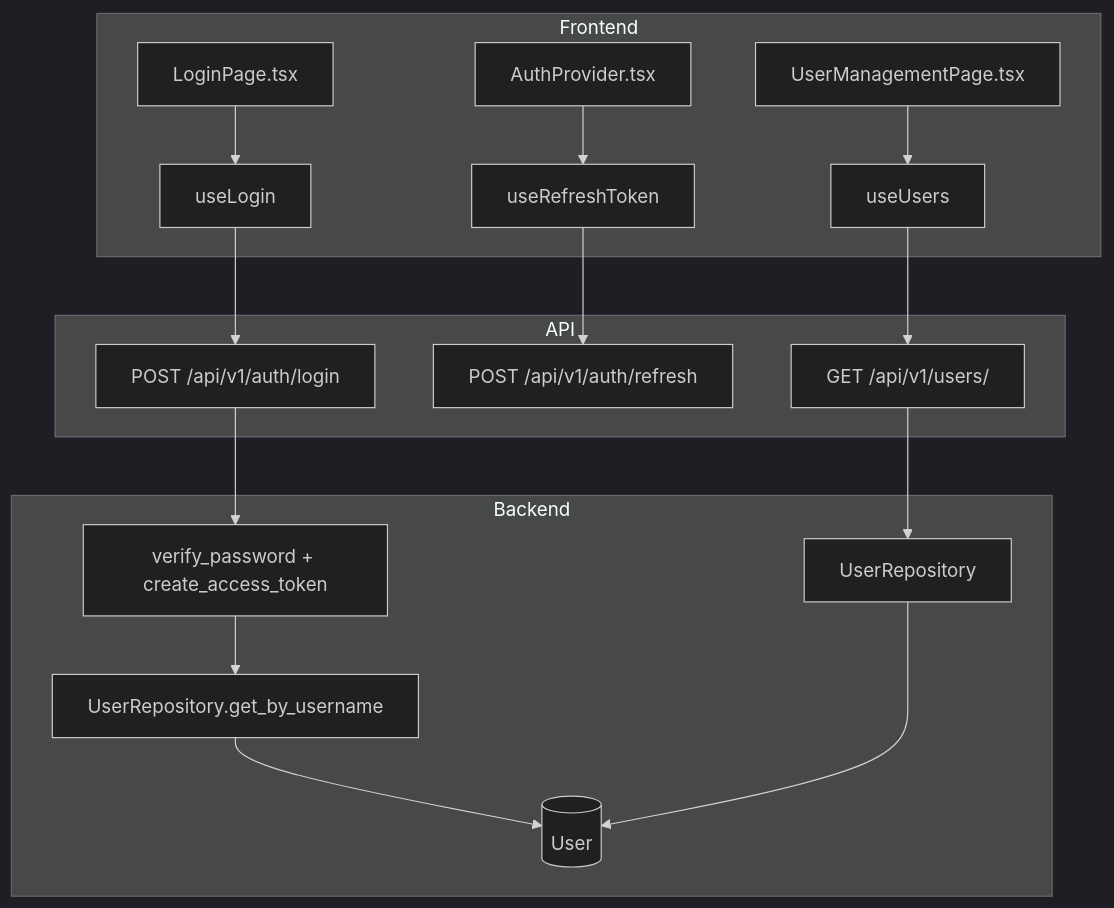
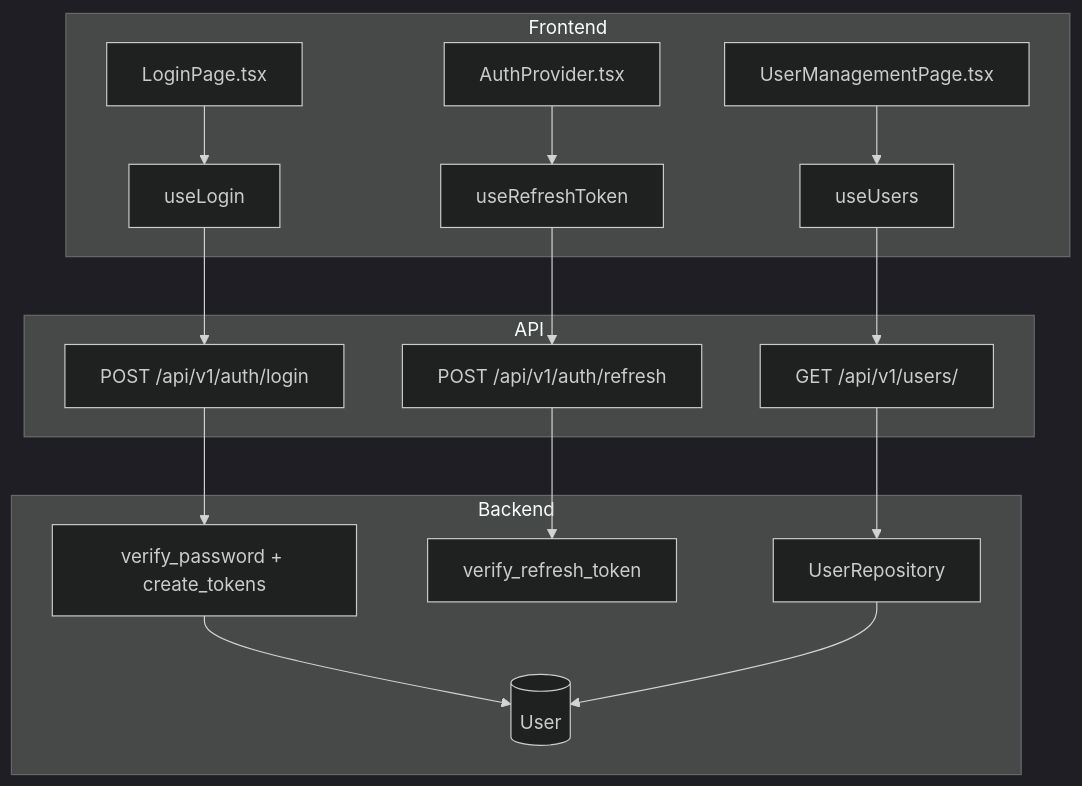
The first of 2 diagrams in .knowledge/features/auth.md (saturnis-io/cassini), drawn with Mermaid (dark theme) before and after one commit. The commit also changed other lines of this file and 15 other files, not shown here.

Commit message:
knowledge-graph: regenerate

````diff
--- a/.knowledge/features/auth.md
+++ b/.knowledge/features/auth.md
@@ -5,20 +5,20 @@
 ```mermaid
 flowchart TD
     subgraph Frontend
         C1[LoginPage.tsx] --> H1[useLogin]
         C2[AuthProvider.tsx] --> H2[useRefreshToken]
         C3[UserManagementPage.tsx] --> H3[useUsers]
     end
     subgraph API
         H1 --> E1[POST /api/v1/auth/login]
         H2 --> E2[POST /api/v1/auth/refresh]
         H3 --> E3[GET /api/v1/users/]
     end
     subgraph Backend
-        E1 --> S1[verify_password + create_access_token]
-        S1 --> R1[UserRepository.get_by_username]
-        R1 --> M1[(User)]
-        E3 --> R2[UserRepository]
-        R2 --> M1
+        E1 --> S1[verify_password + create_tokens]
+        S1 --> M1[(User)]
+        E2 --> S2[verify_refresh_token]
+        E3 --> R1[UserRepository]
+        R1 --> M1
     end
 ```
````
